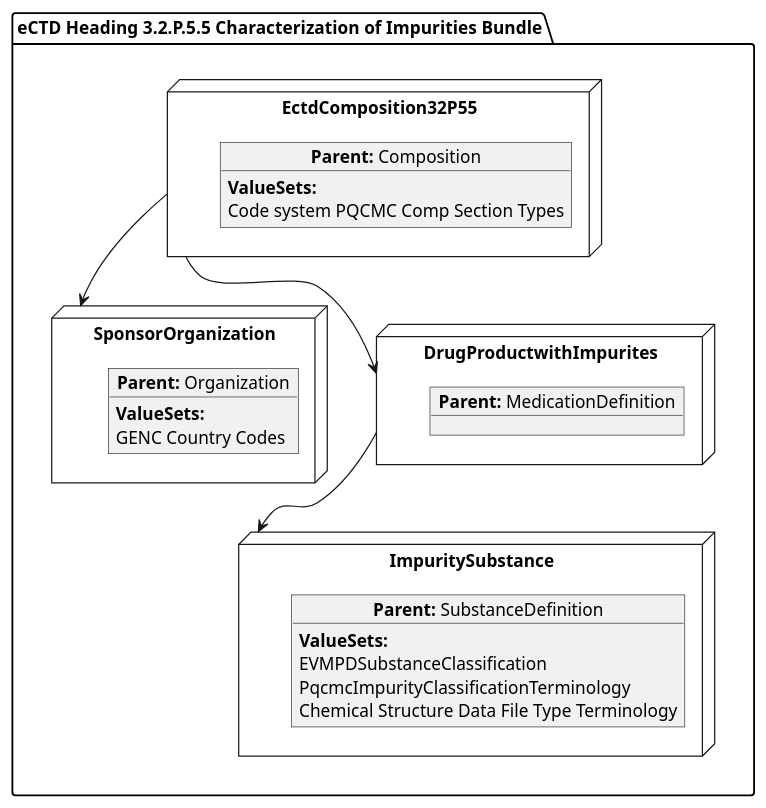
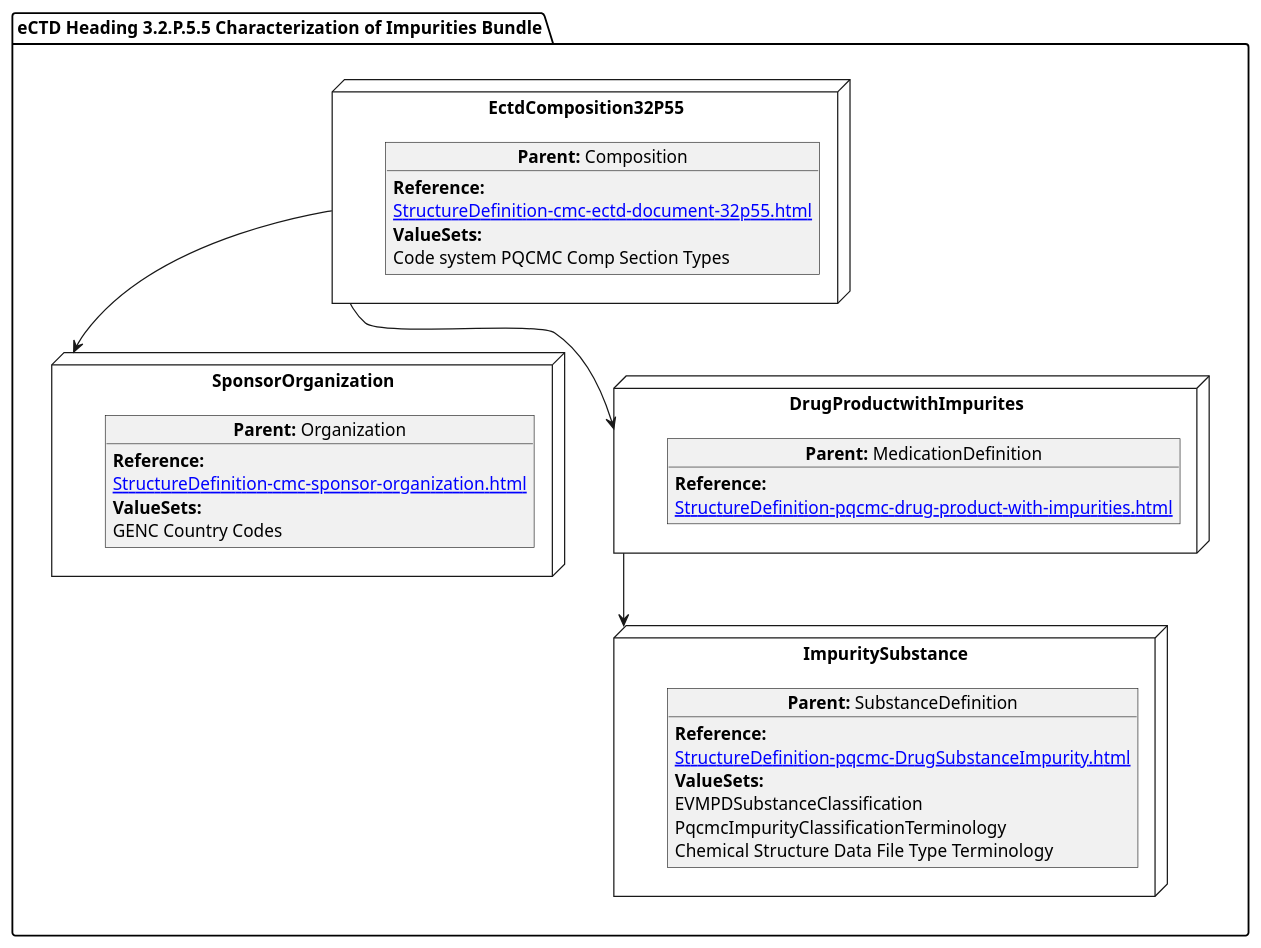
Before and after one commit to HL7/FHIR-us-pq-cmc-fda: the diagram in input/images-source/CharacImprity.plantuml, drawn with PlantUML. The commit also changed 40 other files, not shown here.

```diff
--- a/input/images-source/CharacImprity.plantuml
+++ b/input/images-source/CharacImprity.plantuml
@@ -1,37 +1,44 @@
 @startuml
 allowmixing
 'Mixed model of use case and object
 package "eCTD Heading 3.2.P.5.5 Characterization of Impurities Bundle" as NODES {
 
 node "EctdComposition32P55" as N1 { 
       object "**Parent:** Composition" as obj1 {
+           **Reference:**
+      [[StructureDefinition-cmc-ectd-document-32p55.html]]   
       **ValueSets:**
   Code system PQCMC Comp Section Types
     }
 }
  node "SponsorOrganization" as NSO { 
       object "**Parent:** Organization" as objAu {
+         **Reference:**
+      [[StructureDefinition-cmc-sponsor-organization.html]]
         **ValueSets:**
         GENC Country Codes
     }
 } 
-  
   node "DrugProductwithImpurites" as NN { 
-      object "**Parent:** MedicationDefinition" as obj3 {      
+      object "**Parent:** MedicationDefinition" as obj3 {  
+         **Reference:**
+      [[StructureDefinition-pqcmc-drug-product-with-impurities.html]]    
       }
   }
 
 node "ImpuritySubstance" as N6 { 
       object "**Parent:** SubstanceDefinition" as obj2 {
+           **Reference:**
+      [[StructureDefinition-pqcmc-DrugSubstanceImpurity.html]]   
       **ValueSets:**
       EVMPDSubstanceClassification
       PqcmcImpurityClassificationTerminology
       Chemical Structure Data File Type Terminology
     }    
 }
 
 N1 --> NSO   
 NN --> N6
 N1 --> NN 
 }
 @enduml
```
